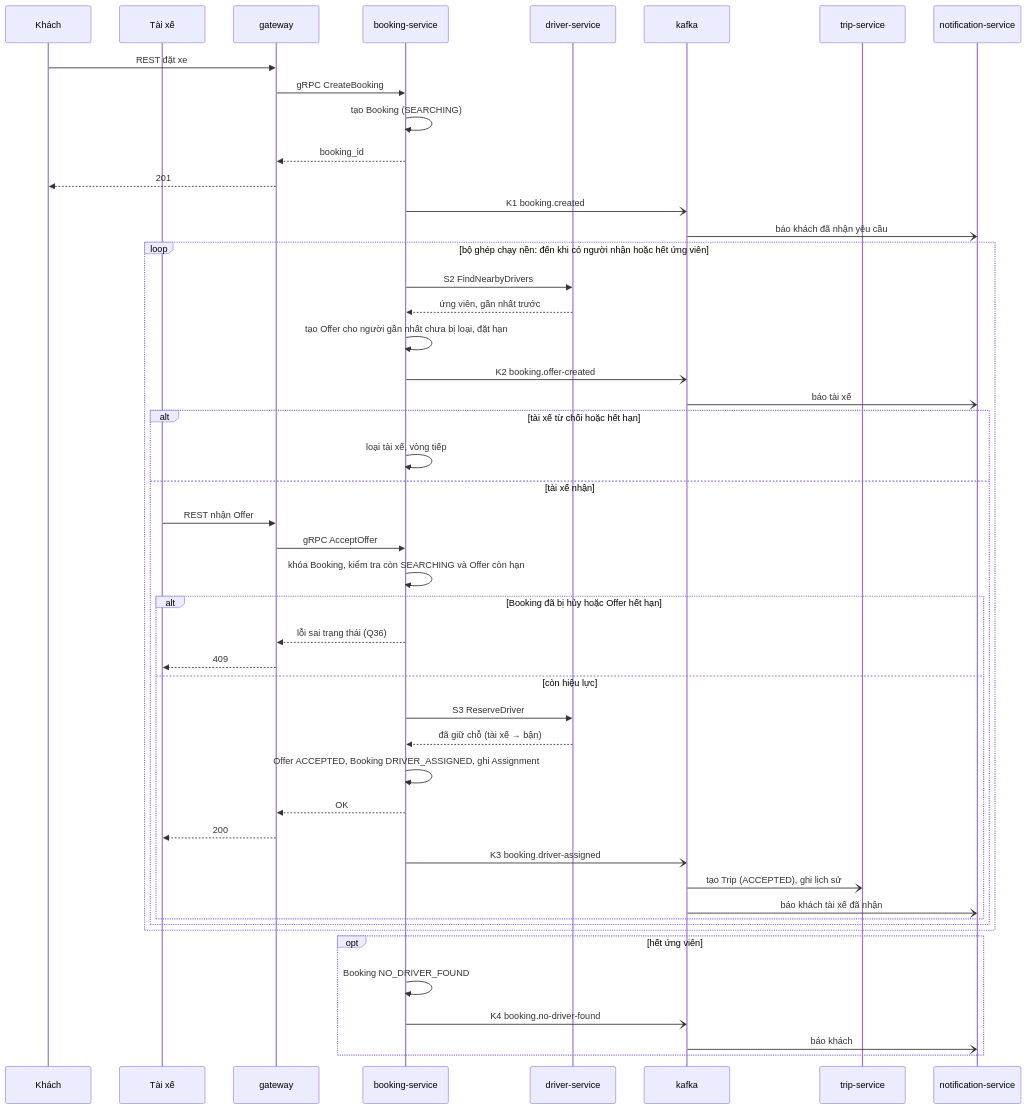
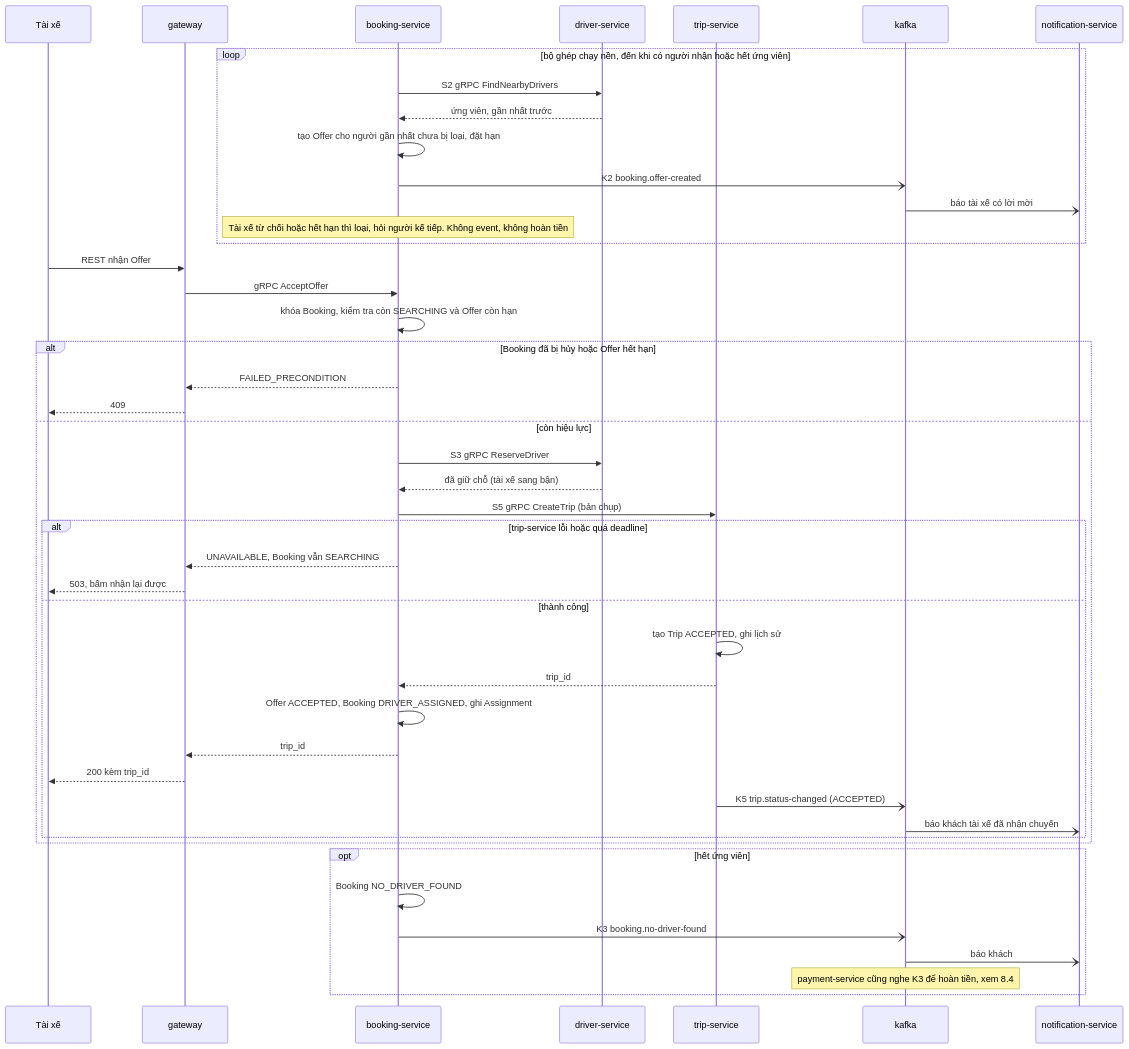
The fourth of 7 diagrams in docs/design/02-kien-truc-giao-tiep.md (nghuuduc21/23699411_NguyenHuuDuc_CabSystem), drawn with Mermaid before and after one commit. The commit also changed other lines of this file and 13 other files, not shown here.

````diff
--- a/docs/design/02-kien-truc-giao-tiep.md
+++ b/docs/design/02-kien-truc-giao-tiep.md
@@ -314,51 +419,48 @@
 ```mermaid
 sequenceDiagram
-  participant KH as Khách
   participant TX as Tài xế
   participant GW as gateway
   participant B as booking-service
   participant DR as driver-service
+  participant T as trip-service
   participant K as kafka
-  participant T as trip-service
   participant N as notification-service
 
-  KH->>GW: REST đặt xe
-  GW->>B: gRPC CreateBooking
-  B->>B: tạo Booking (SEARCHING)
-  B-->>GW: booking_id
-  GW-->>KH: 201
-  B-)K: K1 booking.created
-  K-)N: báo khách đã nhận yêu cầu
-  loop bộ ghép chạy nền: đến khi có người nhận hoặc hết ứng viên
-    B->>DR: S2 FindNearbyDrivers
+  loop bộ ghép chạy nền, đến khi có người nhận hoặc hết ứng viên
+    B->>DR: S2 gRPC FindNearbyDrivers
     DR-->>B: ứng viên, gần nhất trước
     B->>B: tạo Offer cho người gần nhất chưa bị loại, đặt hạn
     B-)K: K2 booking.offer-created
-    K-)N: báo tài xế
-    alt tài xế từ chối hoặc hết hạn
-      B->>B: loại tài xế, vòng tiếp
-    else tài xế nhận
-      TX->>GW: REST nhận Offer
-      GW->>B: gRPC AcceptOffer
-      B->>B: khóa Booking, kiểm tra còn SEARCHING và Offer còn hạn
-      alt Booking đã bị hủy hoặc Offer hết hạn
-        B-->>GW: lỗi sai trạng thái (Q36)
-        GW-->>TX: 409
-      else còn hiệu lực
-        B->>DR: S3 ReserveDriver
-        DR-->>B: đã giữ chỗ (tài xế → bận)
-        B->>B: Offer ACCEPTED, Booking DRIVER_ASSIGNED, ghi Assignment
-        B-->>GW: OK
-        GW-->>TX: 200
-        B-)K: K3 booking.driver-assigned
-        K-)T: tạo Trip (ACCEPTED), ghi lịch sử
-        K-)N: báo khách tài xế đã nhận
-      end
+    K-)N: báo tài xế có lời mời
+    Note over B: Tài xế từ chối hoặc hết hạn thì loại, hỏi người kế tiếp. Không event, không hoàn tiền
+  end
+  TX->>GW: REST nhận Offer
+  GW->>B: gRPC AcceptOffer
+  B->>B: khóa Booking, kiểm tra còn SEARCHING và Offer còn hạn
+  alt Booking đã bị hủy hoặc Offer hết hạn
+    B-->>GW: FAILED_PRECONDITION
+    GW-->>TX: 409
+  else còn hiệu lực
+    B->>DR: S3 gRPC ReserveDriver
+    DR-->>B: đã giữ chỗ (tài xế sang bận)
+    B->>T: S5 gRPC CreateTrip (bản chụp)
+    alt trip-service lỗi hoặc quá deadline
+      B-->>GW: UNAVAILABLE, Booking vẫn SEARCHING
+      GW-->>TX: 503, bấm nhận lại được
+    else thành công
+      T->>T: tạo Trip ACCEPTED, ghi lịch sử
+      T-->>B: trip_id
+      B->>B: Offer ACCEPTED, Booking DRIVER_ASSIGNED, ghi Assignment
+      B-->>GW: trip_id
+      GW-->>TX: 200 kèm trip_id
+      T-)K: K5 trip.status-changed (ACCEPTED)
+      K-)N: báo khách tài xế đã nhận chuyến
     end
   end
   opt hết ứng viên
     B->>B: Booking NO_DRIVER_FOUND
-    B-)K: K4 booking.no-driver-found
+    B-)K: K3 booking.no-driver-found
     K-)N: báo khách
+    Note over K: payment-service cũng nghe K3 để hoàn tiền, xem 8.4
   end
 ```
````
